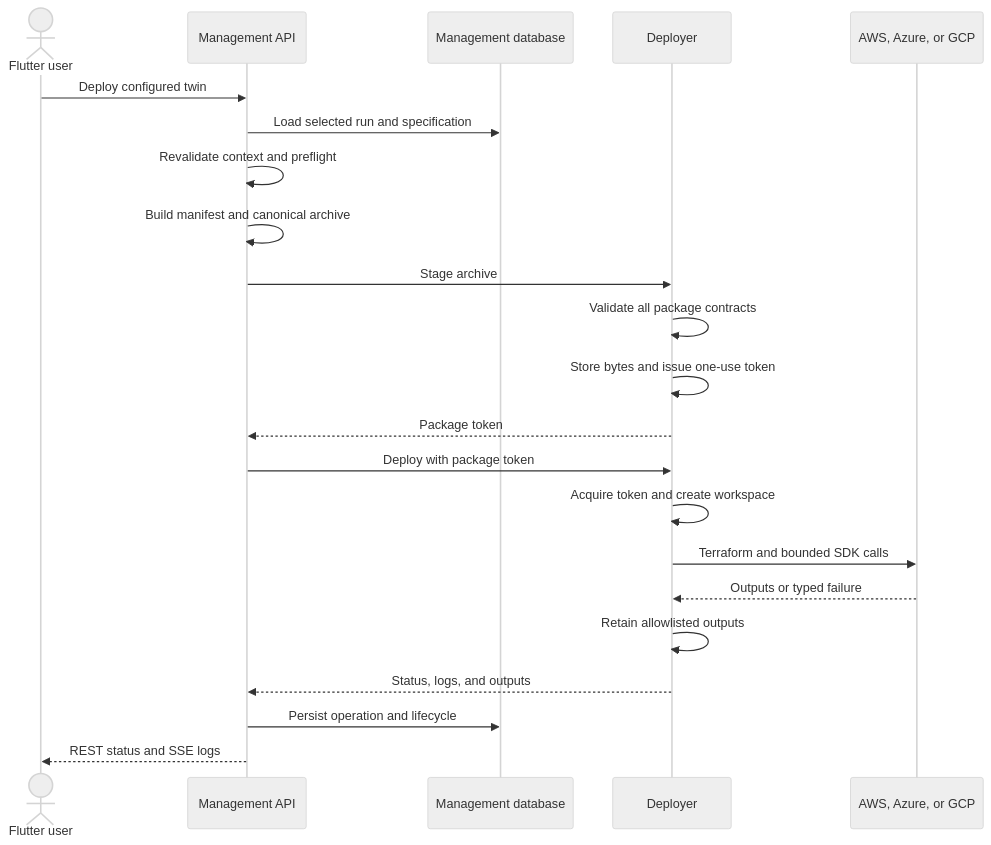
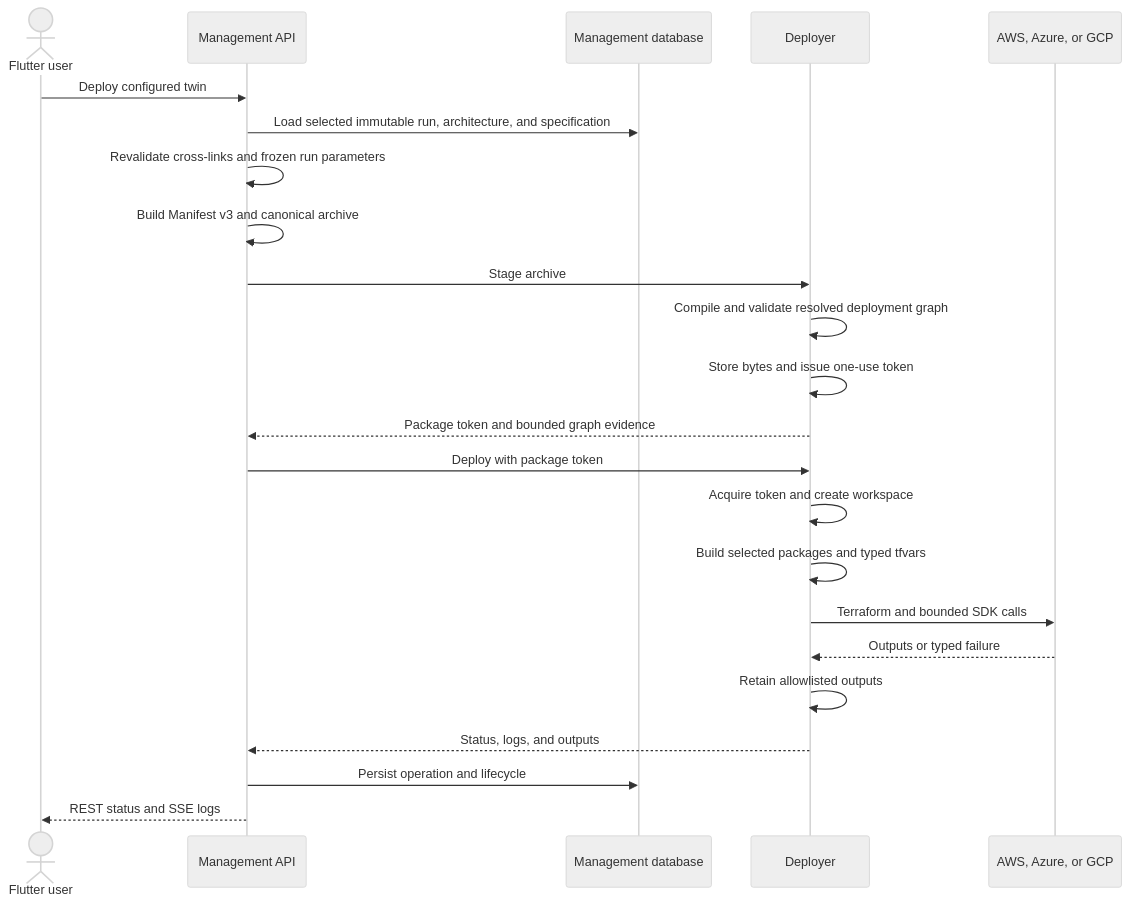
One commit to TVJunkie724/master-thesis changed the first of 3 diagrams in docs-site/docs/contracts-and-data-flow/deployment-lifecycle.md. Above: the diagram before and after it, drawn with Mermaid (neutral theme). The commit also changed other lines of this file and 167 other files, not shown here.

First line of the commit message:
[AI-0803-GRAPH] feat(phase-8): compile deployment graphs before terraform

````diff
--- a/docs-site/docs/contracts-and-data-flow/deployment-lifecycle.md
+++ b/docs-site/docs/contracts-and-data-flow/deployment-lifecycle.md
@@ -5,25 +5,26 @@
 ```mermaid
 sequenceDiagram
     actor Client as Flutter user
     participant API as Management API
     participant DB as Management database
     participant Deployer
     participant Cloud as AWS, Azure, or GCP
 
     Client->>API: Deploy configured twin
-    API->>DB: Load selected run and specification
-    API->>API: Revalidate context and preflight
-    API->>API: Build manifest and canonical archive
+    API->>DB: Load selected immutable run, architecture, and specification
+    API->>API: Revalidate cross-links and frozen run parameters
+    API->>API: Build Manifest v3 and canonical archive
     API->>Deployer: Stage archive
-    Deployer->>Deployer: Validate all package contracts
+    Deployer->>Deployer: Compile and validate resolved deployment graph
     Deployer->>Deployer: Store bytes and issue one-use token
-    Deployer-->>API: Package token
+    Deployer-->>API: Package token and bounded graph evidence
     API->>Deployer: Deploy with package token
     Deployer->>Deployer: Acquire token and create workspace
+    Deployer->>Deployer: Build selected packages and typed tfvars
     Deployer->>Cloud: Terraform and bounded SDK calls
     Cloud-->>Deployer: Outputs or typed failure
     Deployer->>Deployer: Retain allowlisted outputs
     Deployer-->>API: Status, logs, and outputs
     API->>DB: Persist operation and lifecycle
     API-->>Client: REST status and SSE logs
 ```
````
